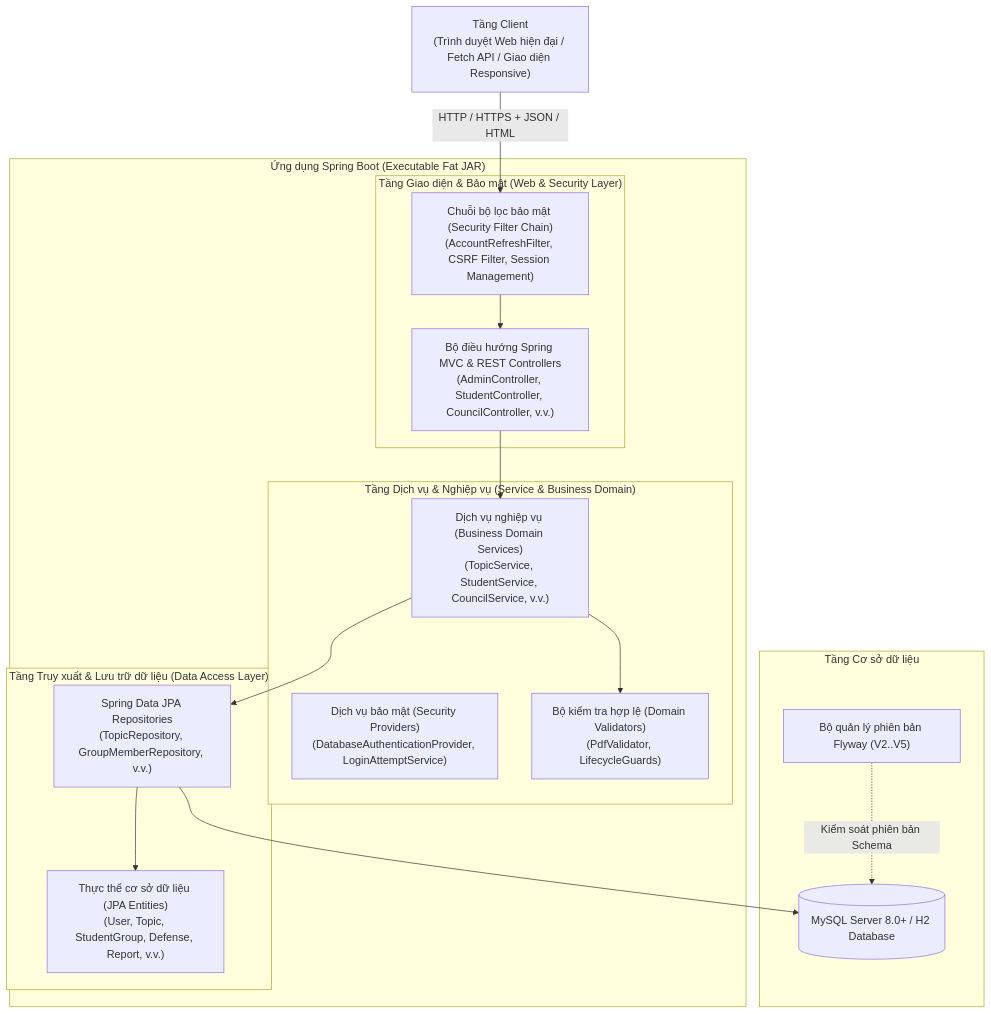
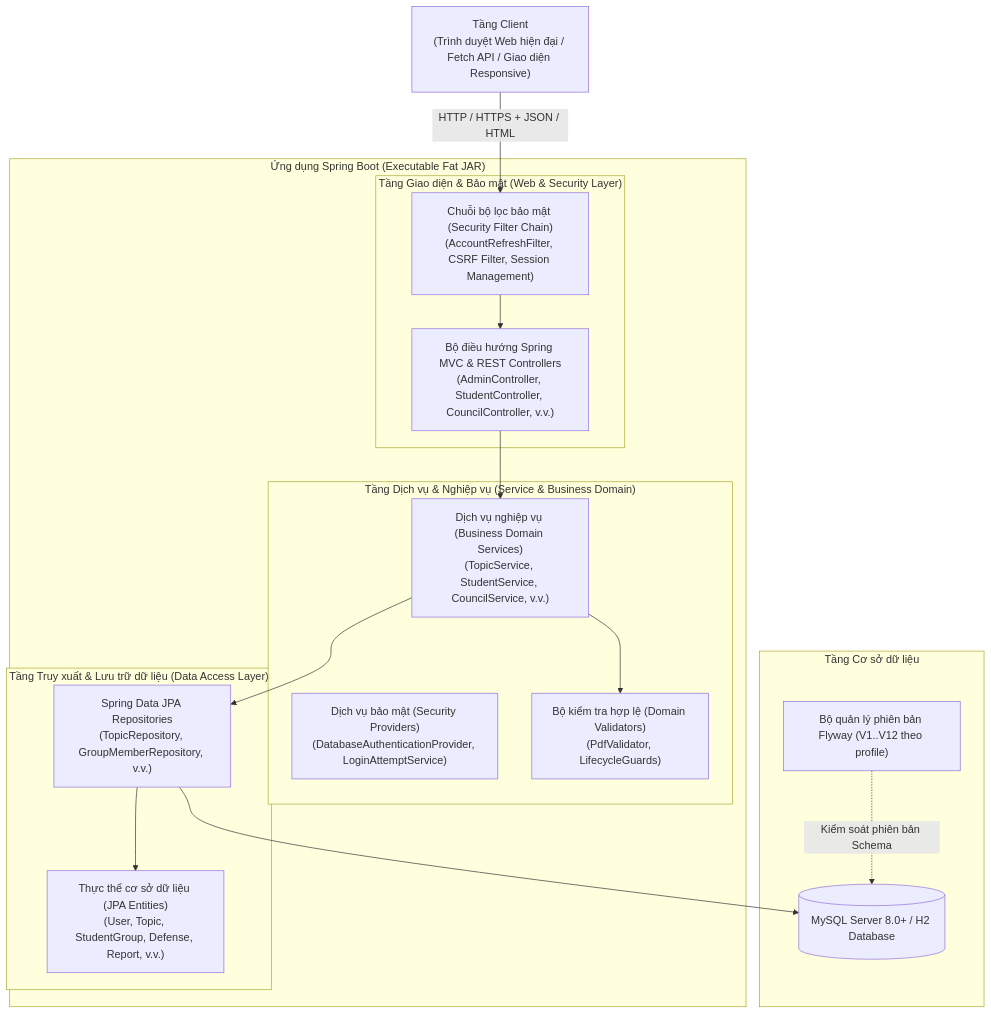
Before and after one commit to leminhhuy-ute/Web-Programming-WEPR330479-: the first of 2 diagrams in docs/SYSTEM_ARCHITECTURE.md, drawn with Mermaid. The commit also changed other lines of this file and 96 other files, not shown here.

````diff
--- a/docs/SYSTEM_ARCHITECTURE.md
+++ b/docs/SYSTEM_ARCHITECTURE.md
@@ -7,36 +7,36 @@
 ```mermaid
 graph TD
     Client["Tầng Client<br/>(Trình duyệt Web hiện đại / Fetch API / Giao diện Responsive)"]
     
     subgraph SpringBootApp ["Ứng dụng Spring Boot (Executable Fat JAR)"]
         subgraph WebLayer ["Tầng Giao diện & Bảo mật (Web & Security Layer)"]
             Filter["Chuỗi bộ lọc bảo mật (Security Filter Chain)<br/>(AccountRefreshFilter, CSRF Filter, Session Management)"]
             Controllers["Bộ điều hướng Spring MVC & REST Controllers<br/>(AdminController, StudentController, CouncilController, v.v.)"]
         end
 
         subgraph ServiceLayer ["Tầng Dịch vụ & Nghiệp vụ (Service & Business Domain)"]
             Services["Dịch vụ nghiệp vụ (Business Domain Services)<br/>(TopicService, StudentService, CouncilService, v.v.)"]
             SecurityServices["Dịch vụ bảo mật (Security Providers)<br/>(DatabaseAuthenticationProvider, LoginAttemptService)"]
             Validators["Bộ kiểm tra hợp lệ (Domain Validators)<br/>(PdfValidator, LifecycleGuards)"]
         end
 
         subgraph DataLayer ["Tầng Truy xuất & Lưu trữ dữ liệu (Data Access Layer)"]
             Repositories["Spring Data JPA Repositories<br/>(TopicRepository, GroupMemberRepository, v.v.)"]
             Entities["Thực thể cơ sở dữ liệu (JPA Entities)<br/>(User, Topic, StudentGroup, Defense, Report, v.v.)"]
         end
     end
 
     subgraph DatabaseTier ["Tầng Cơ sở dữ liệu"]
         DB[("MySQL Server 8.0+ / H2 Database")]
-        Migrations["Bộ quản lý phiên bản Flyway (V2..V5)"]
+        Migrations["Bộ quản lý phiên bản Flyway (V1..V12 theo profile)"]
     end
 
     Client -->|HTTP / HTTPS + JSON / HTML| Filter
     Filter --> Controllers
     Controllers --> Services
     Services --> Validators
     Services --> Repositories
     Repositories --> Entities
     Repositories --> DB
     Migrations -.->|Kiểm soát phiên bản Schema| DB
 ```
````
